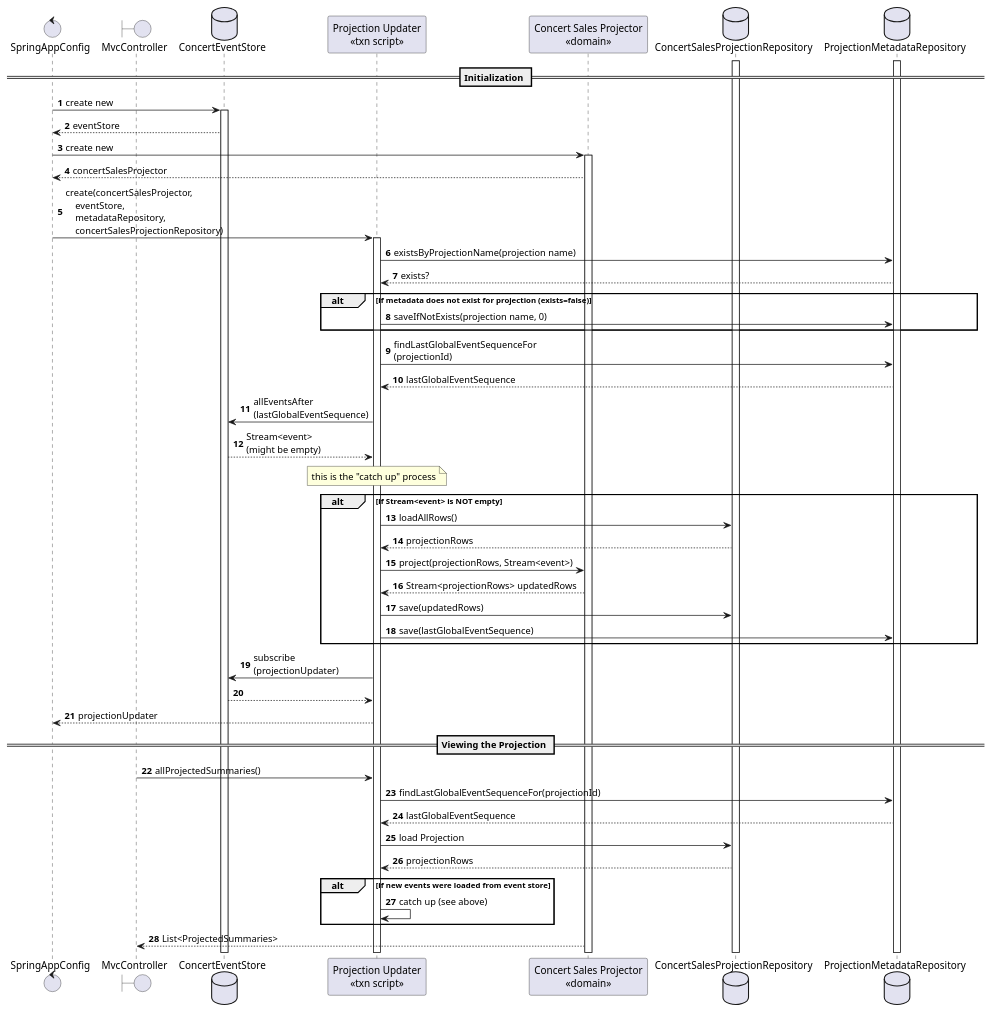
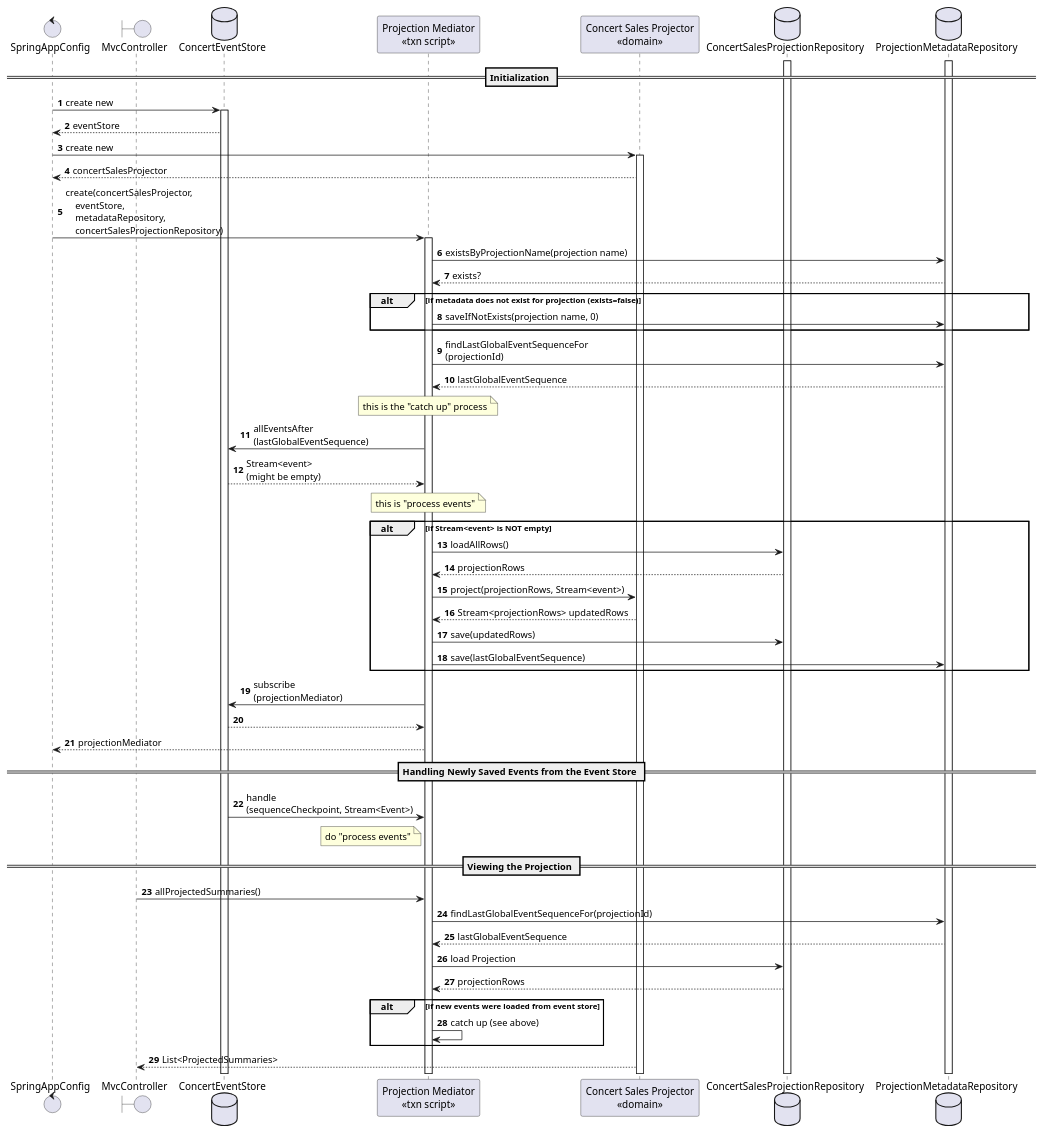
The diagram in projector-with-separated-concerns.puml (jitterted/jitterticket-event-sourced), drawn with PlantUML before and after one commit. The commit also changed 9 other files, not shown here.

Commit message:
Replaced Projector with reference to an Event Consumer (currently hard-coded as the ConcertSalesProjectionMediator)

```diff
--- a/projector-with-separated-concerns.puml
+++ b/projector-with-separated-concerns.puml
@@ -1,61 +1,67 @@
 @startuml
 'https://plantuml.com/sequence-diagram
 
 autonumber
 
 control SpringAppConfig
 boundary MvcController
 database ConcertEventStore
-participant ProjectionUpdater as "Projection Updater\n<<txn script>>"
+participant ProjectionMediator as "Projection Mediator\n<<txn script>>"
 participant ConcertSalesProjector as "Concert Sales Projector\n<<domain>>"
 database ConcertSalesProjectionRepository
 database ProjectionMetadataRepository
 
 == Initialization ==
 
 activate ProjectionMetadataRepository
 activate ConcertSalesProjectionRepository
 SpringAppConfig -> ConcertEventStore: create new
 activate ConcertEventStore
 ConcertEventStore --> SpringAppConfig: eventStore
 SpringAppConfig -> ConcertSalesProjector: create new
 activate ConcertSalesProjector
 ConcertSalesProjector --> SpringAppConfig: concertSalesProjector
-SpringAppConfig -> ProjectionUpdater: create(concertSalesProjector,\n    eventStore,\n    metadataRepository,\n    concertSalesProjectionRepository)
-activate ProjectionUpdater
-ProjectionUpdater -> ProjectionMetadataRepository: existsByProjectionName(projection name)
-ProjectionMetadataRepository --> ProjectionUpdater: exists?
+SpringAppConfig -> ProjectionMediator: create(concertSalesProjector,\n    eventStore,\n    metadataRepository,\n    concertSalesProjectionRepository)
+activate ProjectionMediator
+ProjectionMediator -> ProjectionMetadataRepository: existsByProjectionName(projection name)
+ProjectionMetadataRepository --> ProjectionMediator: exists?
 alt if metadata does not exist for projection (exists=false)
-    ProjectionUpdater -> ProjectionMetadataRepository: saveIfNotExists(projection name, 0)
+    ProjectionMediator -> ProjectionMetadataRepository: saveIfNotExists(projection name, 0)
 end
-ProjectionUpdater -> ProjectionMetadataRepository: findLastGlobalEventSequenceFor\n(projectionId)
-ProjectionMetadataRepository --> ProjectionUpdater: lastGlobalEventSequence
-ProjectionUpdater -> ConcertEventStore: allEventsAfter\n(lastGlobalEventSequence)
-ConcertEventStore --> ProjectionUpdater: Stream<event>\n(might be empty)
-note over ProjectionUpdater: this is the "catch up" process
+ProjectionMediator -> ProjectionMetadataRepository: findLastGlobalEventSequenceFor\n(projectionId)
+ProjectionMetadataRepository --> ProjectionMediator: lastGlobalEventSequence
+note over ProjectionMediator: this is the "catch up" process
+ProjectionMediator -> ConcertEventStore: allEventsAfter\n(lastGlobalEventSequence)
+ConcertEventStore --> ProjectionMediator: Stream<event>\n(might be empty)
+note over ProjectionMediator: this is "process events"
 alt if Stream<event> is NOT empty
-    ProjectionUpdater -> ConcertSalesProjectionRepository: loadAllRows()
-    ConcertSalesProjectionRepository --> ProjectionUpdater: projectionRows
-    ProjectionUpdater -> ConcertSalesProjector: project(projectionRows, Stream<event>)
-    ConcertSalesProjector --> ProjectionUpdater: Stream<projectionRows> updatedRows
-    ProjectionUpdater -> ConcertSalesProjectionRepository: save(updatedRows)
-    ProjectionUpdater -> ProjectionMetadataRepository: save(lastGlobalEventSequence)
+    ProjectionMediator -> ConcertSalesProjectionRepository: loadAllRows()
+    ConcertSalesProjectionRepository --> ProjectionMediator: projectionRows
+    ProjectionMediator -> ConcertSalesProjector: project(projectionRows, Stream<event>)
+    ConcertSalesProjector --> ProjectionMediator: Stream<projectionRows> updatedRows
+    ProjectionMediator -> ConcertSalesProjectionRepository: save(updatedRows)
+    ProjectionMediator -> ProjectionMetadataRepository: save(lastGlobalEventSequence)
 end
-ProjectionUpdater -> ConcertEventStore: subscribe\n(projectionUpdater)
-ConcertEventStore --> ProjectionUpdater
-ProjectionUpdater --> SpringAppConfig: projectionUpdater
+ProjectionMediator -> ConcertEventStore: subscribe\n(projectionMediator)
+ConcertEventStore --> ProjectionMediator
+ProjectionMediator --> SpringAppConfig: projectionMediator
+
+== Handling Newly Saved Events from the Event Store ==
+
+ConcertEventStore -> ProjectionMediator: handle\n(sequenceCheckpoint, Stream<Event>)
+note left of ProjectionMediator: do "process events"
 
 == Viewing the Projection ==
 
-MvcController -> ProjectionUpdater: allProjectedSummaries()
-ProjectionUpdater -> ProjectionMetadataRepository: findLastGlobalEventSequenceFor(projectionId)
-ProjectionMetadataRepository --> ProjectionUpdater: lastGlobalEventSequence
-ProjectionUpdater -> ConcertSalesProjectionRepository: load Projection
-ConcertSalesProjectionRepository --> ProjectionUpdater: projectionRows
+MvcController -> ProjectionMediator: allProjectedSummaries()
+ProjectionMediator -> ProjectionMetadataRepository: findLastGlobalEventSequenceFor(projectionId)
+ProjectionMetadataRepository --> ProjectionMediator: lastGlobalEventSequence
+ProjectionMediator -> ConcertSalesProjectionRepository: load Projection
+ConcertSalesProjectionRepository --> ProjectionMediator: projectionRows
 alt if new events were loaded from event store
-    ProjectionUpdater -> ProjectionUpdater: catch up (see above)
+    ProjectionMediator -> ProjectionMediator: catch up (see above)
 end
 
 ConcertSalesProjector --> MvcController: List<ProjectedSummaries>
 
 @enduml
```
